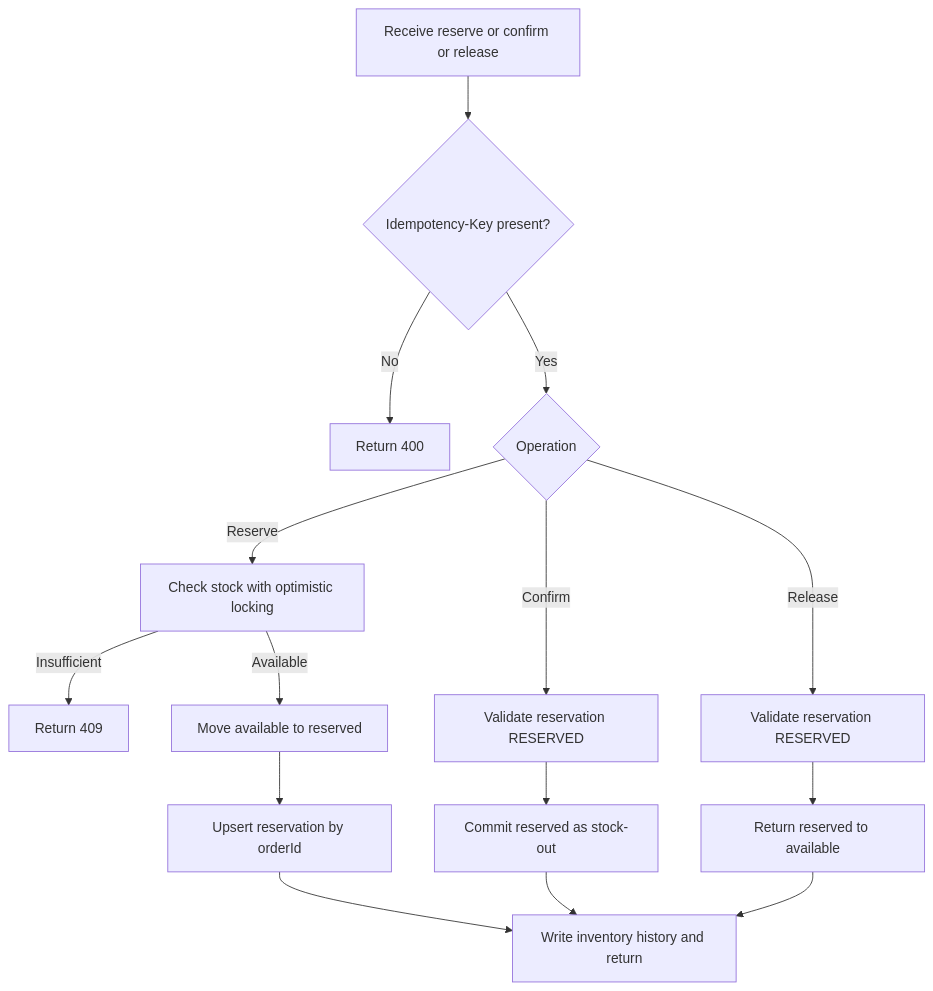
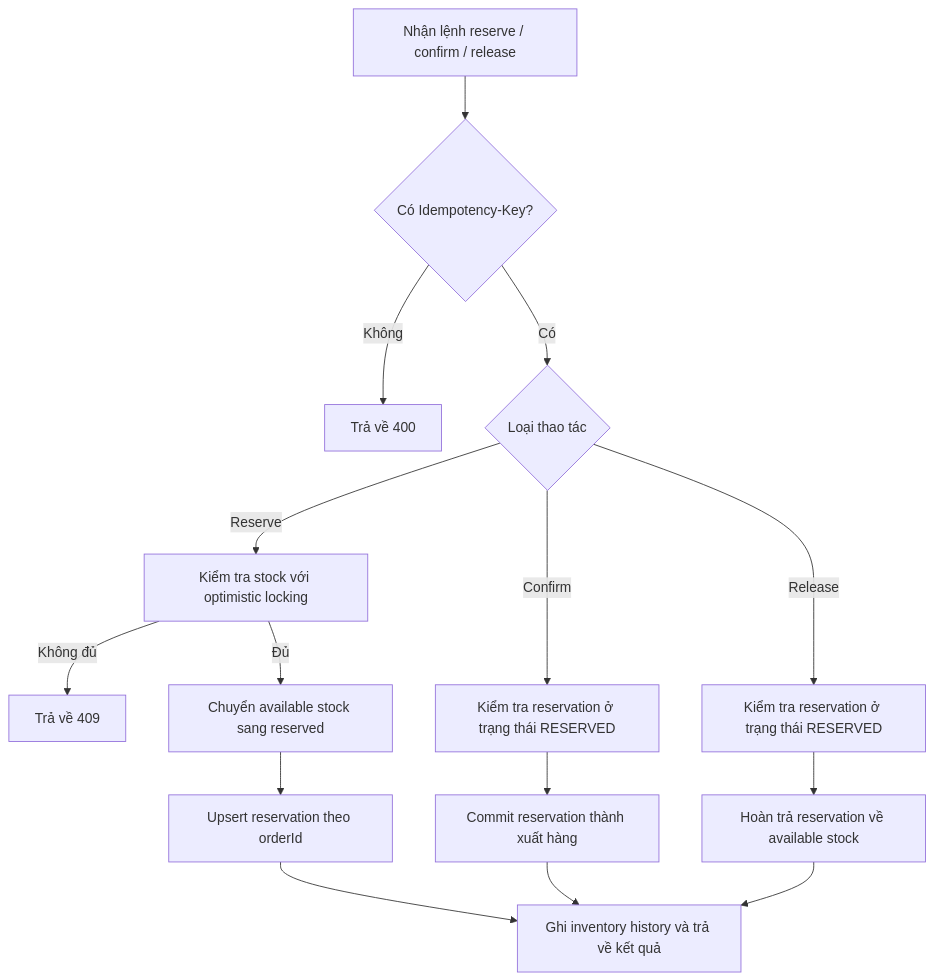
The sixth of 7 diagrams in analysis-and-design-ddd.md (baosatboiz/asd), drawn with Mermaid before and after one commit. The commit also changed other lines of this file, not shown here.

````diff
--- a/analysis-and-design-ddd.md
+++ b/analysis-and-design-ddd.md
@@ -320,21 +320,21 @@
 ```mermaid
 flowchart TD
-    A[Receive reserve or confirm or release] --> B{Idempotency-Key present?}
-    B -->|No| C[Return 400]
-    B -->|Yes| D{Operation}
+    A[Nhận lệnh reserve / confirm / release] --> B{Có Idempotency-Key?}
+    B -->|Không| C[Trả về 400]
+    B -->|Có| D{Loại thao tác}
 
-    D -->|Reserve| E[Check stock with optimistic locking]
-    E -->|Insufficient| F[Return 409]
-    E -->|Available| G[Move available to reserved]
-    G --> H[Upsert reservation by orderId]
+    D -->|Reserve| E[Kiểm tra stock với optimistic locking]
+    E -->|Không đủ| F[Trả về 409]
+    E -->|Đủ| G[Chuyển available stock sang reserved]
+    G --> H[Upsert reservation theo orderId]
 
-    D -->|Confirm| I[Validate reservation RESERVED]
-    I --> J[Commit reserved as stock-out]
+    D -->|Confirm| I[Kiểm tra reservation ở trạng thái RESERVED]
+    I --> J[Commit reservation thành xuất hàng]
 
-    D -->|Release| K[Validate reservation RESERVED]
-    K --> L[Return reserved to available]
+    D -->|Release| K[Kiểm tra reservation ở trạng thái RESERVED]
+    K --> L[Hoàn trả reservation về available stock]
 
-    H --> M[Write inventory history and return]
+    H --> M[Ghi inventory history và trả về kết quả]
     J --> M
     L --> M
 ```
````
